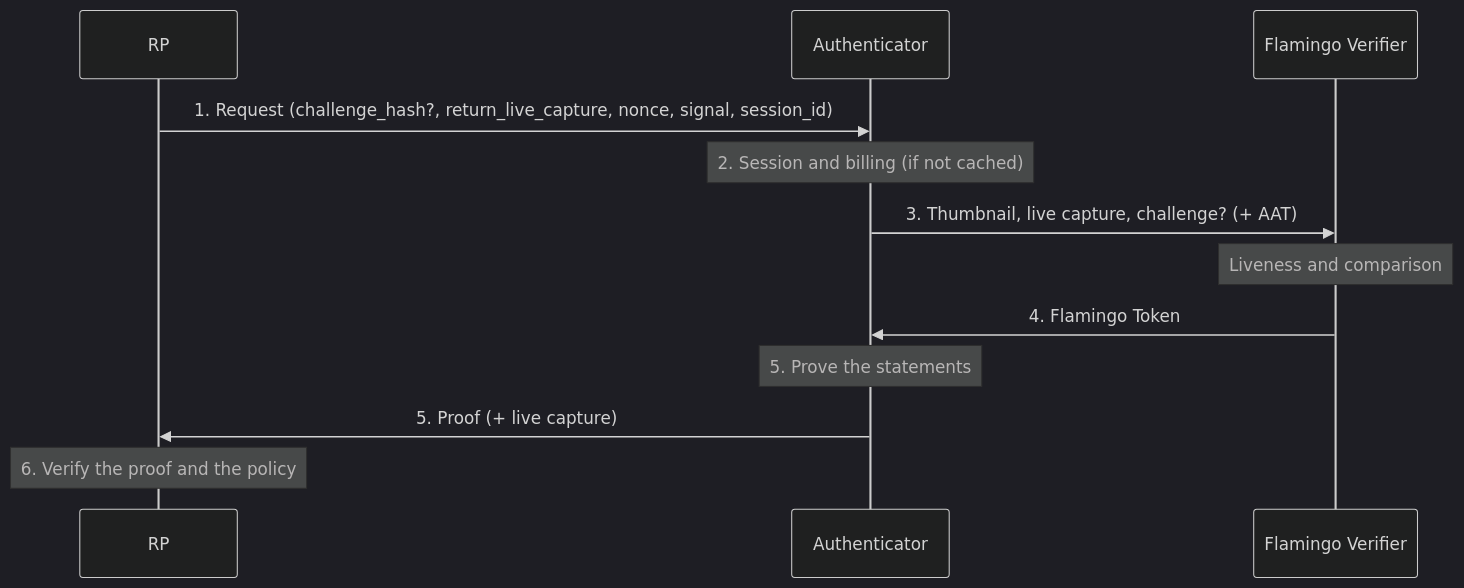
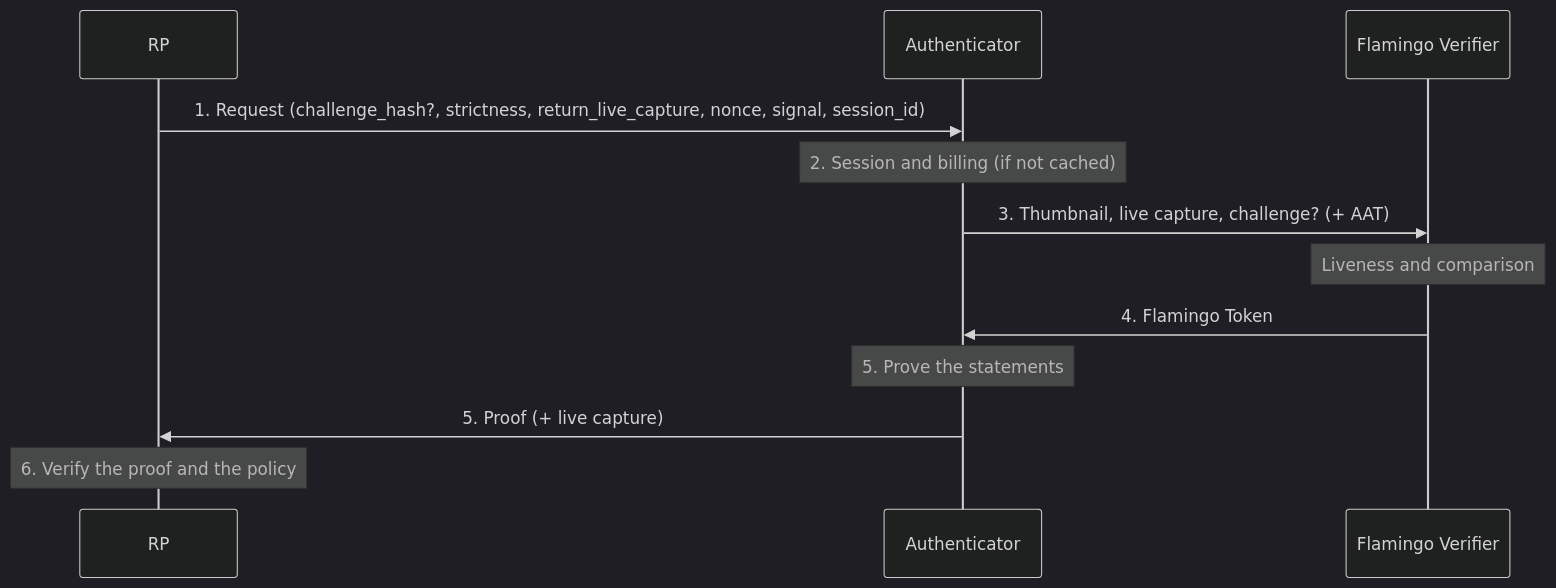
The diagram in docs/WIPs/wip-202.md (worldcoin/world-id-protocol), drawn with Mermaid (dark theme) before and after one commit. The commit also changed other lines of this file, not shown here.

````diff
--- a/docs/WIPs/wip-202.md
+++ b/docs/WIPs/wip-202.md
@@ -69,14 +73,14 @@
 ```mermaid
 sequenceDiagram
   participant RP
   participant A as Authenticator
   participant V as Flamingo Verifier
-  RP->>A: 1. Request (challenge_hash?, return_live_capture, nonce, signal, session_id)
+  RP->>A: 1. Request (challenge_hash?, strictness, return_live_capture, nonce, signal, session_id)
   Note over A: 2. Session and billing (if not cached)
   A->>V: 3. Thumbnail, live capture, challenge? (+ AAT)
   Note over V: Liveness and comparison
   V->>A: 4. Flamingo Token
   Note over A: 5. Prove the statements
   A->>RP: 5. Proof (+ live capture)
   Note over RP: 6. Verify the proof and the policy
 ```
````
